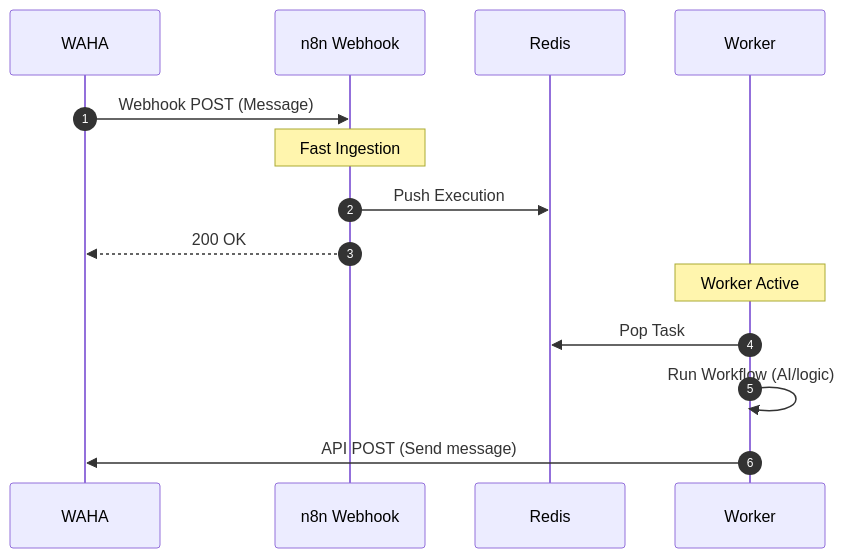
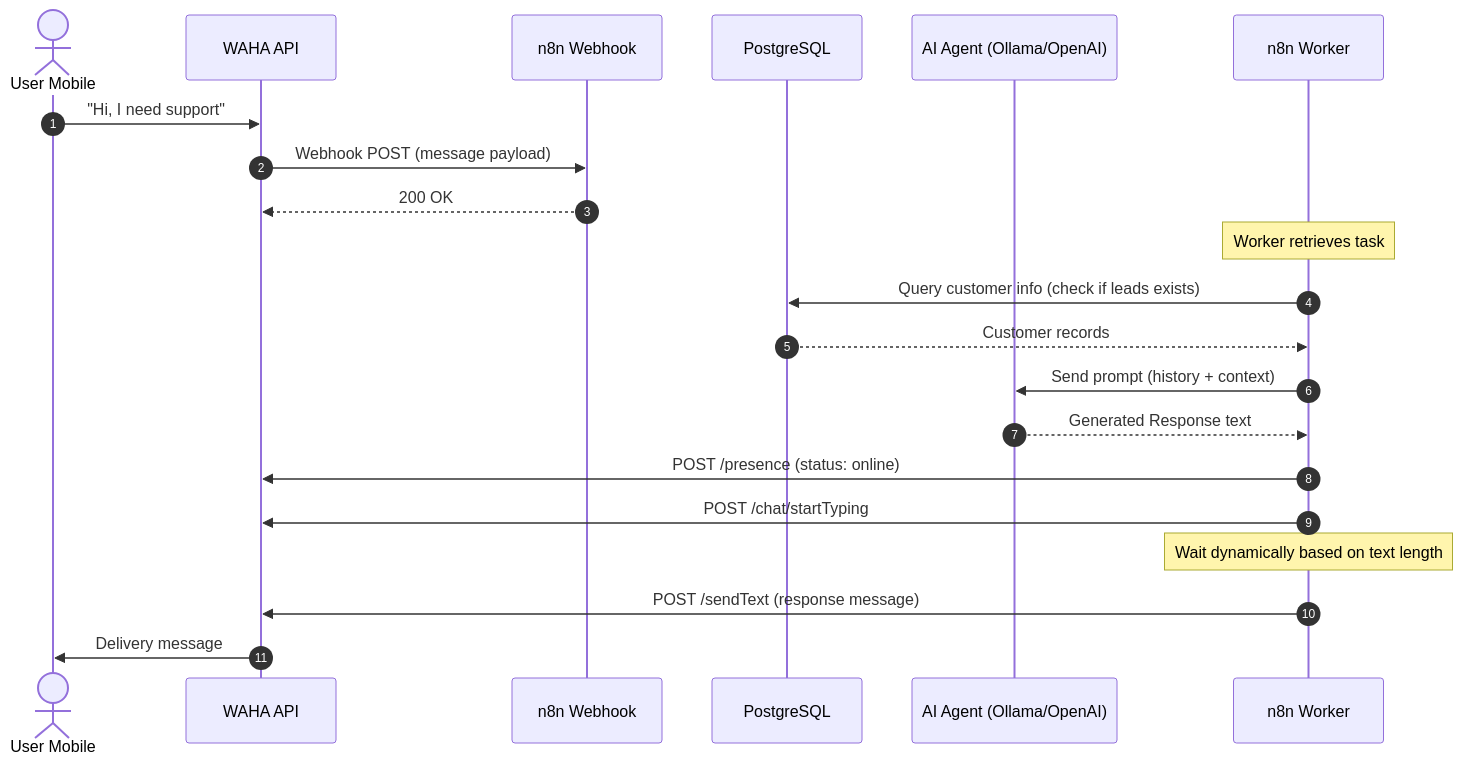
The second of 2 diagrams in content/Novel/private/WAHA n8n.md (yakuyakuku/quartz4site), drawn with Mermaid before and after one commit. The commit also changed other lines of this file and 1 other file, not shown here.

````diff
--- a/content/Novel/private/WAHA n8n.md
+++ b/content/Novel/private/WAHA n8n.md
@@ -385,18 +379,24 @@
 ```mermaid
 sequenceDiagram
     autonumber
-    participant WAHA as WAHA
+    actor Customer as User Mobile
+    participant WA as WAHA API
     participant WH as n8n Webhook
-    participant Redis as Redis
-    participant Worker as Worker
+    participant DB as PostgreSQL
+    participant AI as AI Agent (Ollama/OpenAI)
+    participant Exec as n8n Worker
 
-    WAHA->>WH: Webhook POST (Message)
-    Note over WH: Fast Ingestion
-    WH->>Redis: Push Execution
-    WH-->>WAHA: 200 OK
-    
-    Note over Worker: Worker Active
-    Worker->>Redis: Pop Task
-    Worker->>Worker: Run Workflow (AI/logic)
-    Worker->>WAHA: API POST (Send message)
+    Customer->>WA: "Hi, I need support"
+    WA->>WH: Webhook POST (message payload)
+    WH-->>WA: 200 OK
+    Note over Exec: Worker retrieves task
+    Exec->>DB: Query customer info (check if leads exists)
+    DB-->>Exec: Customer records
+    Exec->>AI: Send prompt (history + context)
+    AI-->>Exec: Generated Response text
+    Exec->>WA: POST /presence (status: online)
+    Exec->>WA: POST /chat/startTyping
+    Note over Exec: Wait dynamically based on text length
+    Exec->>WA: POST /sendText (response message)
+    WA->>Customer: Delivery message
 ```
````
